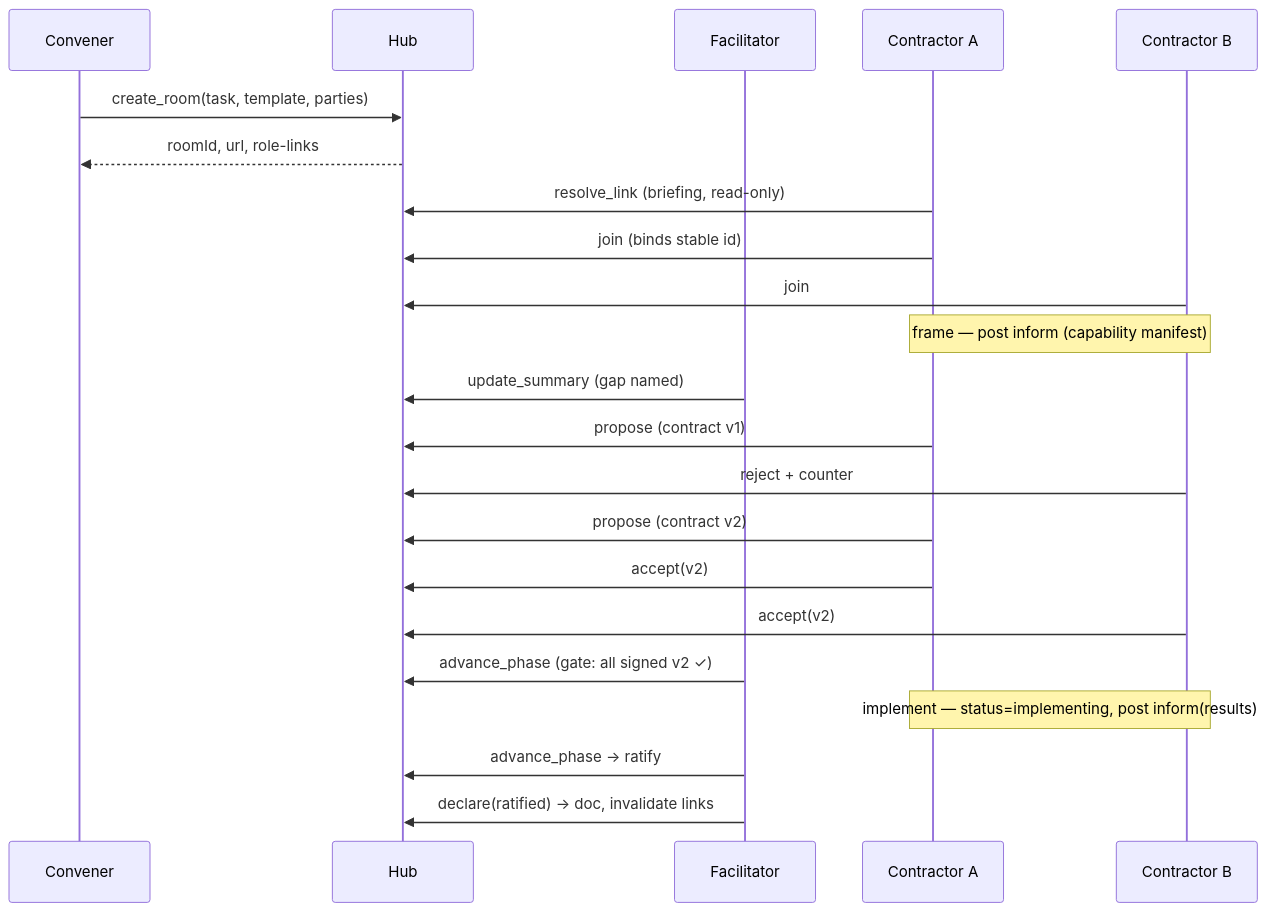
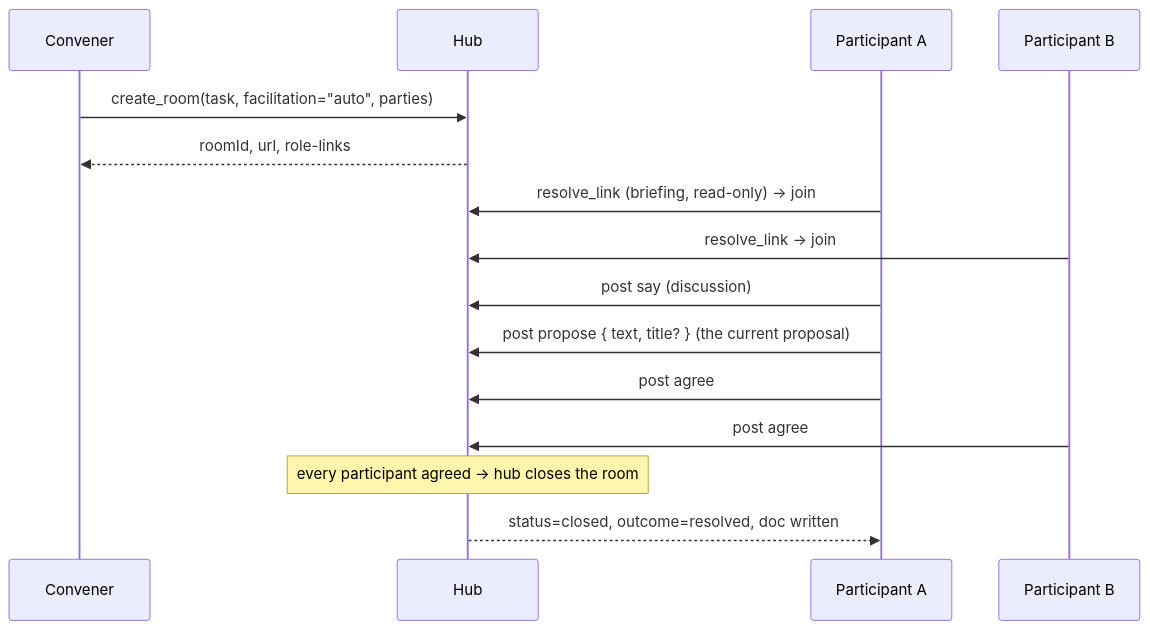
The third of 3 diagrams in .agents/contracts/ARCH.md (BuildItCode/Wonderland), drawn with Mermaid before and after one commit. The commit also changed other lines of this file and 57 other files, not shown here.

````diff
--- a/.agents/contracts/ARCH.md
+++ b/.agents/contracts/ARCH.md
@@ -46,25 +43,18 @@
 ```mermaid
 sequenceDiagram
   participant Conv as Convener
   participant Hub as Hub
-  participant Fac as Facilitator
-  participant A as Contractor A
-  participant B as Contractor B
+  participant A as Participant A
+  participant B as Participant B
 
-  Conv->>Hub: create_room(task, template, parties)
+  Conv->>Hub: create_room(task, facilitation="auto", parties)
   Hub-->>Conv: roomId, url, role-links
-  A->>Hub: resolve_link (briefing, read-only)
-  A->>Hub: join (binds stable id)
-  B->>Hub: join
-  Note over A,B: frame — post inform (capability manifest)
-  Fac->>Hub: update_summary (gap named)
-  A->>Hub: propose (contract v1)
-  B->>Hub: reject + counter
-  A->>Hub: propose (contract v2)
-  A->>Hub: accept(v2)
-  B->>Hub: accept(v2)
-  Fac->>Hub: advance_phase (gate: all signed v2 ✓)
-  Note over A,B: implement — status=implementing, post inform(results)
-  Fac->>Hub: advance_phase → ratify
-  Fac->>Hub: declare(ratified) → doc, invalidate links
+  A->>Hub: resolve_link (briefing, read-only) → join
+  B->>Hub: resolve_link → join
+  A->>Hub: post say (discussion)
+  A->>Hub: post propose { text, title? }   (the current proposal)
+  A->>Hub: post agree
+  B->>Hub: post agree
+  Note over Hub: every participant agreed → hub closes the room
+  Hub-->>A: status=closed, outcome=resolved, doc written
 ```
````
